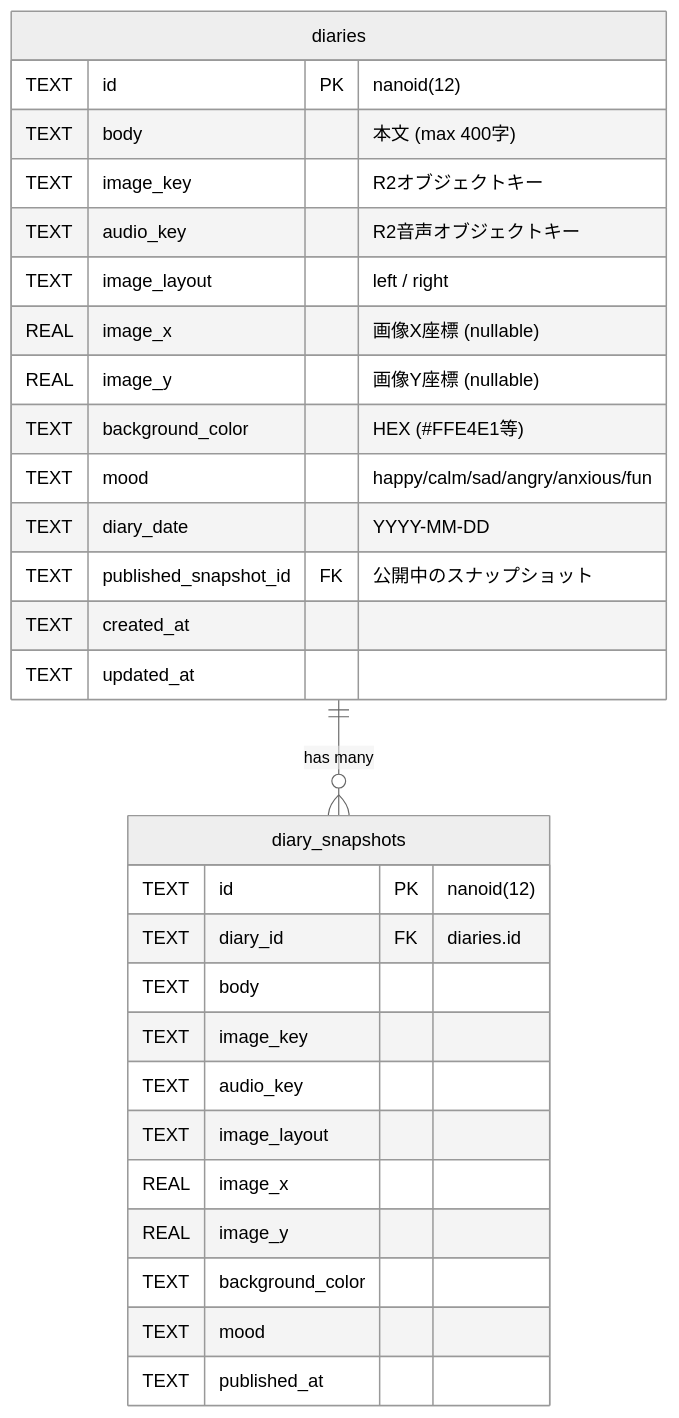
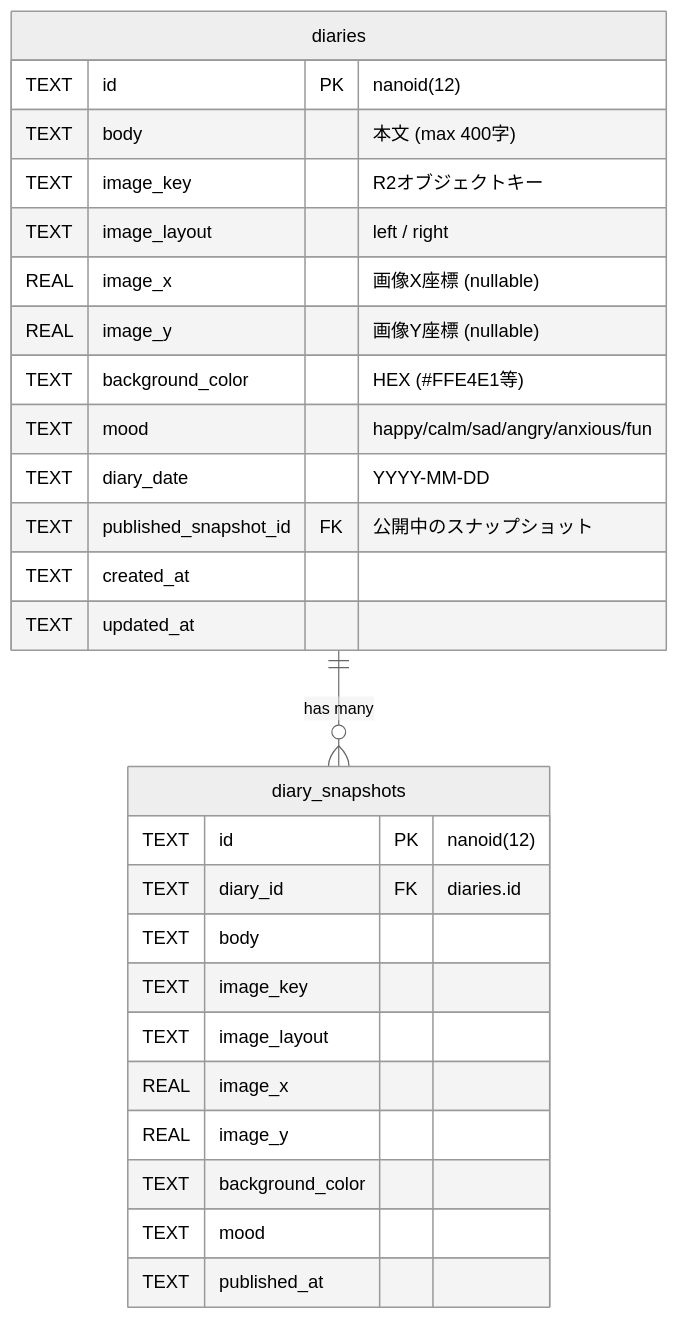
The first of 3 diagrams in docs/architecture/database.md (shimabox/400-diary), drawn with Mermaid (neutral theme) before and after one commit. The commit also changed other lines of this file and 30 other files, not shown here.

````diff
--- a/docs/architecture/database.md
+++ b/docs/architecture/database.md
@@ -9,32 +9,30 @@
 ```mermaid
 erDiagram
     diaries ||--o{ diary_snapshots : "has many"
     diaries {
         TEXT id PK "nanoid(12)"
         TEXT body "本文 (max 400字)"
         TEXT image_key "R2オブジェクトキー"
-        TEXT audio_key "R2音声オブジェクトキー"
         TEXT image_layout "left / right"
         REAL image_x "画像X座標 (nullable)"
         REAL image_y "画像Y座標 (nullable)"
         TEXT background_color "HEX (#FFE4E1等)"
         TEXT mood "happy/calm/sad/angry/anxious/fun"
         TEXT diary_date "YYYY-MM-DD"
         TEXT published_snapshot_id FK "公開中のスナップショット"
         TEXT created_at
         TEXT updated_at
     }
     diary_snapshots {
         TEXT id PK "nanoid(12)"
         TEXT diary_id FK "diaries.id"
         TEXT body
         TEXT image_key
-        TEXT audio_key
         TEXT image_layout
         REAL image_x
         REAL image_y
         TEXT background_color
         TEXT mood
         TEXT published_at
     }
 ```
````
